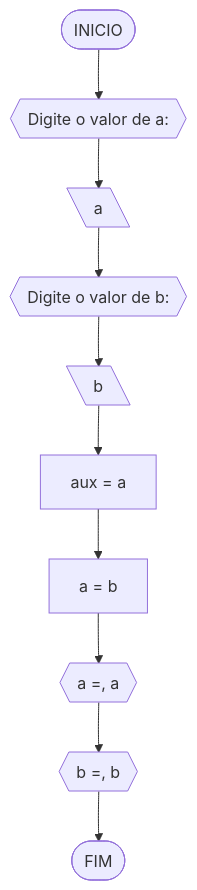
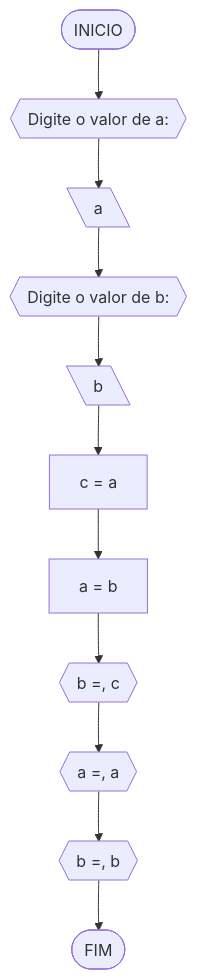
One commit to sdiogenes/unifor changed the first of 8 diagrams in rra/Unidade1/AD1.md. Above: the diagram before and after it, drawn with Mermaid. The commit also changed other lines of this file, not shown here.

````diff
--- a/rra/Unidade1/AD1.md
+++ b/rra/Unidade1/AD1.md
@@ -50,12 +52,13 @@
 ```mermaid
 flowchart TD
 A([INICIO]) --> B{{"Digite o valor de a: "}}
 B --> C[\a\]
 C --> D{{"Digite o valor de b: "}}
 D --> E[\b\]
-E --> F[aux = a]
+E --> F[c = a]
 F --> G[a = b]
-G --> H{{"a =", a}}
-H --> I{{"b =", b}}
-I --> J([FIM])
+G --> H{{"b =", c}}
+H --> I{{"a =", a}}
+I --> J{{"b =", b}}
+J --> Z([FIM])
 ```
````
